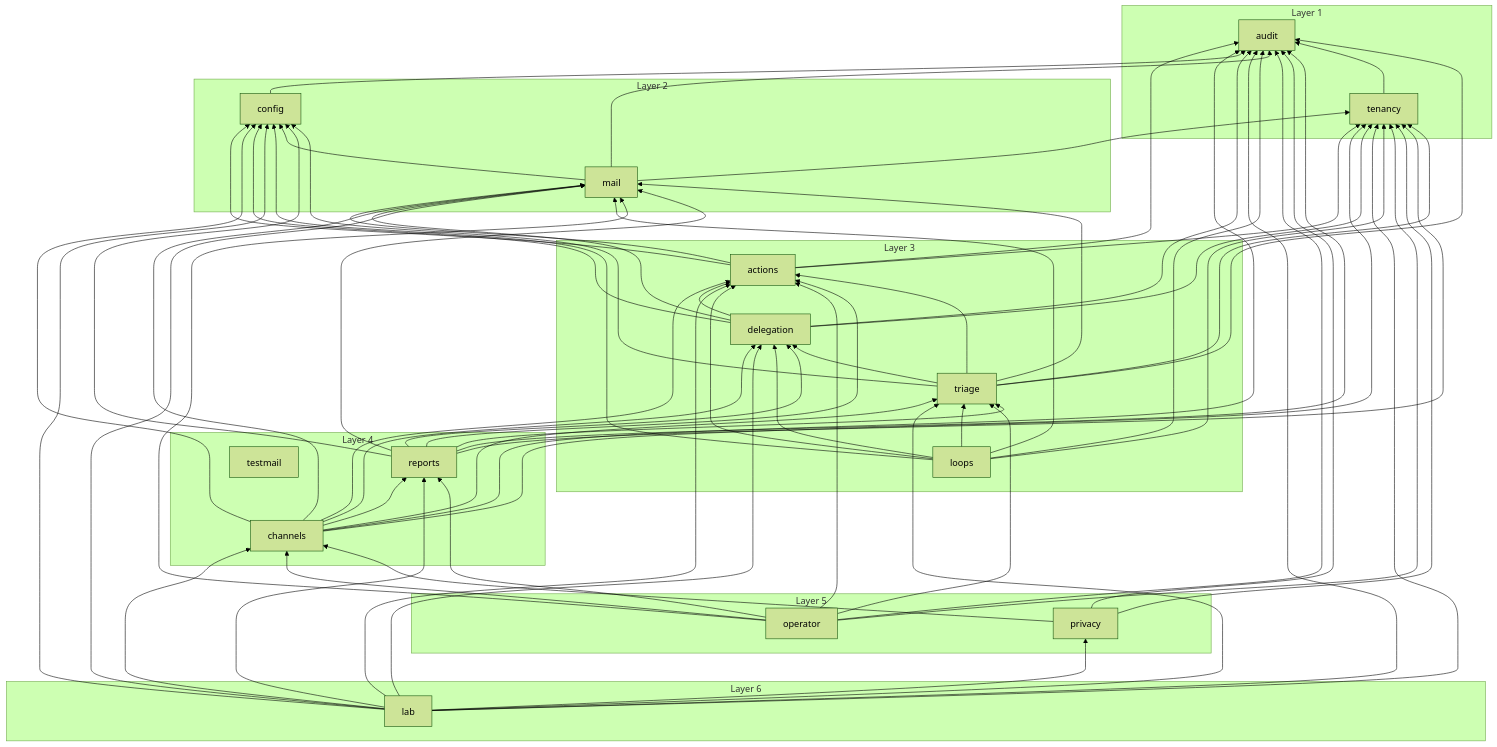
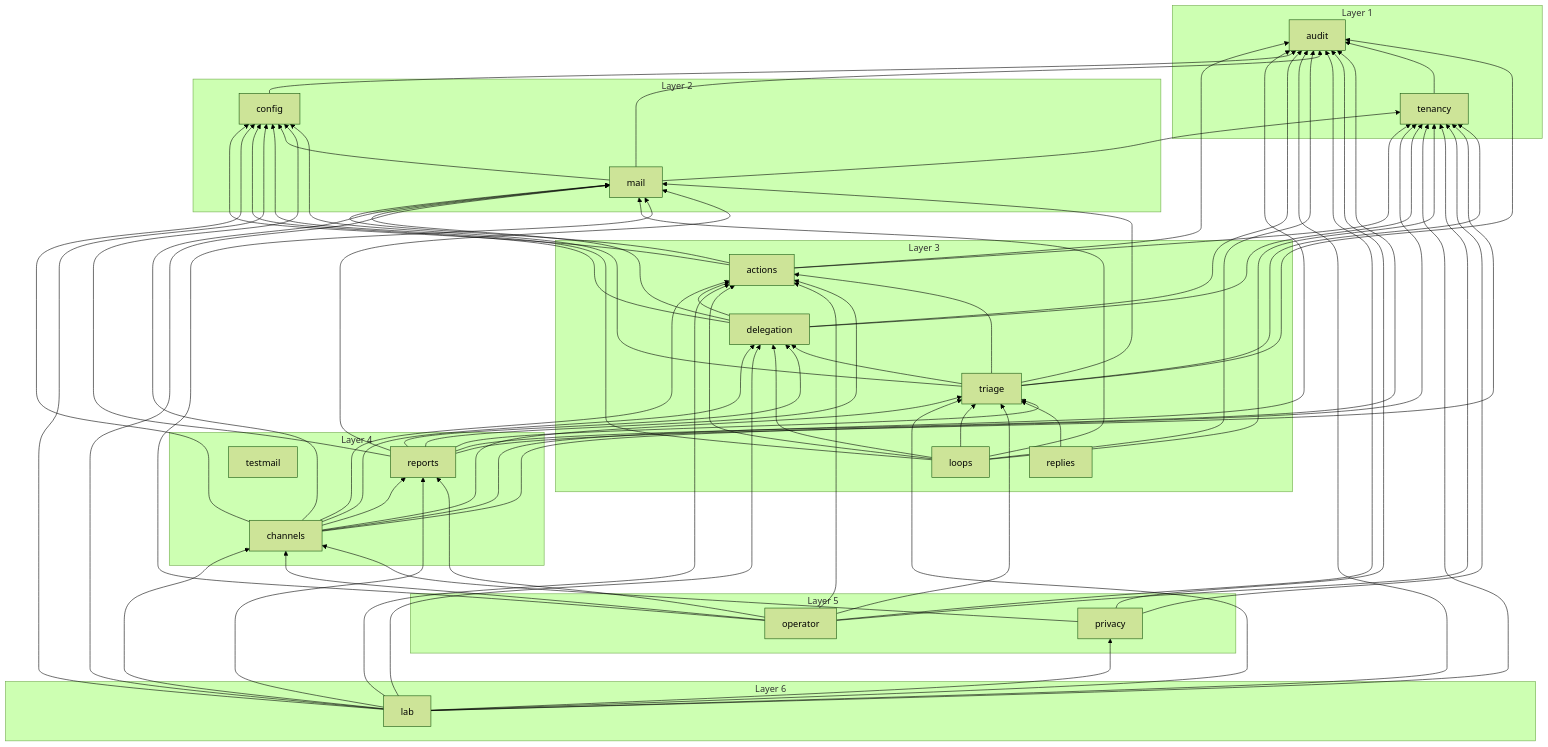
One commit to Artexs/email_assistant changed the diagram in docs/diagrams/module-graph.md. Above: the diagram before and after it, drawn with Mermaid (forest theme). The commit also changed 18 other files, not shown here.

```diff
--- a/docs/diagrams/module-graph.md
+++ b/docs/diagrams/module-graph.md
@@ -19,6 +19,7 @@
     actions
     delegation
     loops
+    replies
   end
   subgraph group4["Layer 4"]
     reports
@@ -80,6 +81,7 @@
   privacy --> audit
   privacy --> channels
   privacy --> tenancy
+  replies --> triage
   reports --> actions
   reports --> audit
   reports --> config
```
